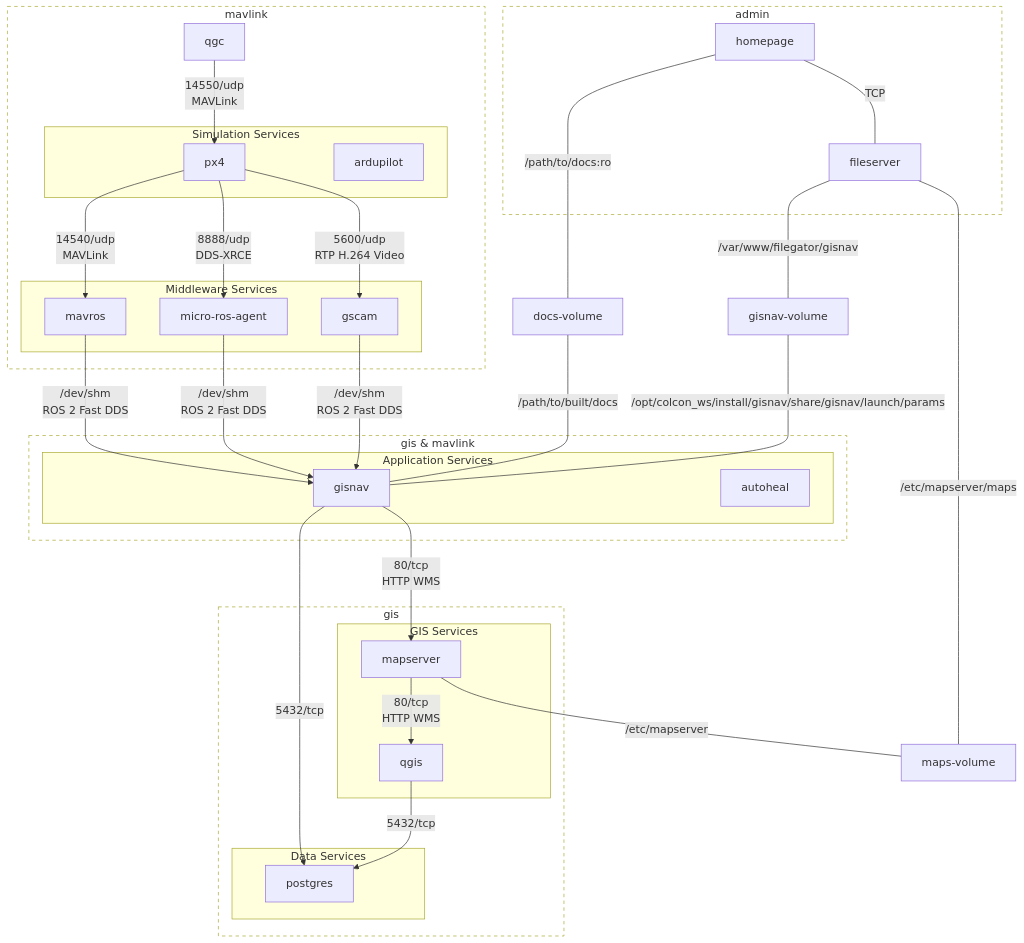
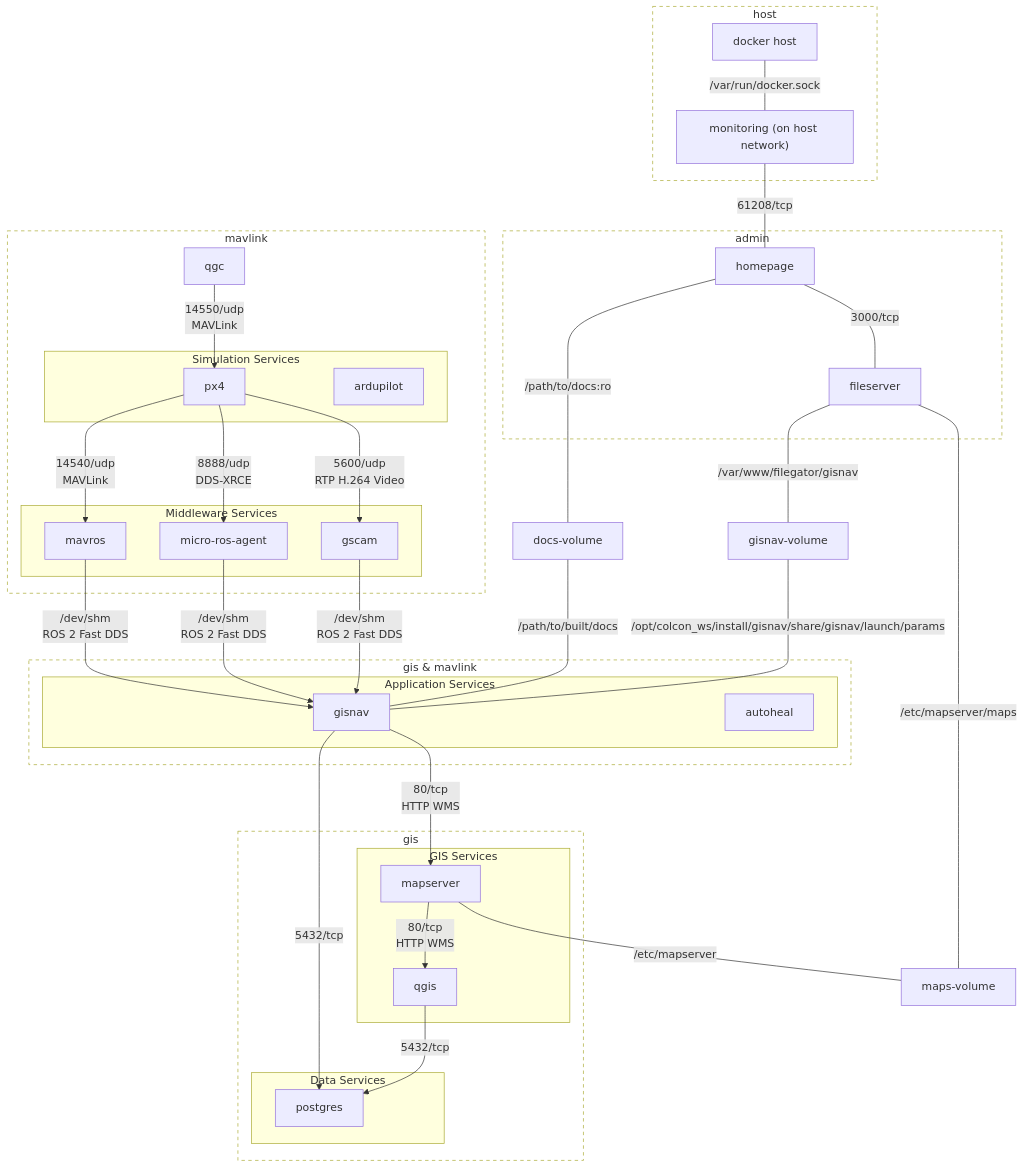
One commit to hmakelin/gisnav changed the diagram in docs/pages/developer_guide/offboard/docker_compose.rst. Above: the diagram before and after it, drawn with Mermaid.

Commit message:
Update interfaces diagram

```diff
--- a/docs/pages/developer_guide/offboard/docker_compose.rst
+++ b/docs/pages/developer_guide/offboard/docker_compose.rst
@@ -47,64 +47,72 @@
 .. mermaid::
 
     graph TD
         subgraph mavlink ["mavlink"]
             mavlink_qgc[qgc]
             subgraph simulation ["Simulation Services"]
                 simulation_px4[px4]
                 simulation_ardupilot[ardupilot]
             end
             subgraph middleware ["Middleware Services"]
                 middleware_mavros[mavros]
                 middleware_micro_ros_agent[micro-ros-agent]
                 middleware_gscam[gscam]
             end
         end
 
         subgraph gis_mavlink ["gis & mavlink"]
             subgraph application ["Application Services"]
                 application_gisnav[gisnav]
                 application_autoheal[autoheal]
             end
         end
         subgraph gis ["gis"]
             subgraph gis_services ["GIS Services"]
                 gis_mapserver[mapserver]
                 gis_qgis[qgis]
             end
             subgraph data_services ["Data Services"]
                 gis_postgres[postgres]
             end
         end
 
         subgraph admin ["admin"]
             homepage[homepage]
             fileserver[fileserver]
         end
 
         application_docs_volume[docs-volume]
         application_gisnav_volume[gisnav-volume]
         gis_maps_volume[maps-volume]
 
         mavlink_qgc -->|14550/udp\nMAVLink| simulation_px4
         simulation_px4 -->|14540/udp\nMAVLink| middleware_mavros
         simulation_px4 -->|8888/udp\nDDS-XRCE | middleware_micro_ros_agent
         simulation_px4 -->|5600/udp\nRTP H.264 Video| middleware_gscam
         middleware_mavros -->|/dev/shm\nROS 2 Fast DDS| application_gisnav
         middleware_micro_ros_agent -->|/dev/shm\nROS 2 Fast DDS| application_gisnav
         middleware_gscam -->|/dev/shm\nROS 2 Fast DDS| application_gisnav
         application_gisnav -->|5432/tcp| gis_postgres
 
         application_gisnav -->|80/tcp\nHTTP WMS| gis_mapserver
         gis_mapserver -->|80/tcp\nHTTP WMS| gis_qgis
         gis_qgis -->|5432/tcp| gis_postgres
         gis_mapserver ---|/etc/mapserver| gis_maps_volume
         fileserver ---|/etc/mapserver/maps| gis_maps_volume
         fileserver ---|/var/www/filegator/gisnav| application_gisnav_volume
         application_docs_volume ---|/path/to/built/docs| application_gisnav
         application_gisnav_volume ---|/opt/colcon_ws/install/gisnav/share/gisnav/launch/params| application_gisnav
         homepage ---|/path/to/docs:ro| application_docs_volume
 
-        homepage ---|TCP| fileserver
+        homepage ---|3000/tcp| fileserver
+
+        subgraph host ["host"]
+            monitoring["monitoring (on host network)"]
+            docker_host["docker host"]
+        end
+
+        monitoring ---|61208/tcp| homepage
+        docker_host ---|/var/run/docker.sock| monitoring
 
         classDef network fill:transparent,stroke-dasharray:5 5;
-        class mavlink,gis,gis_mavlink,admin,admin_gis network
+        class mavlink,gis,gis_mavlink,admin,admin_gis,host network
```
